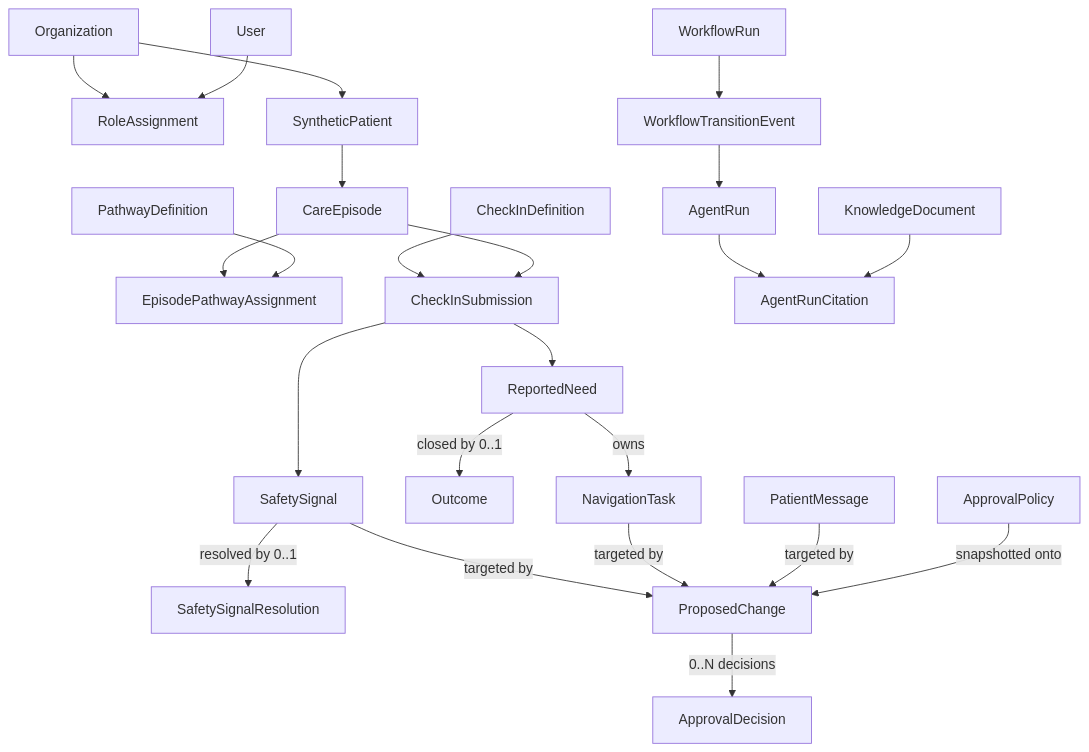
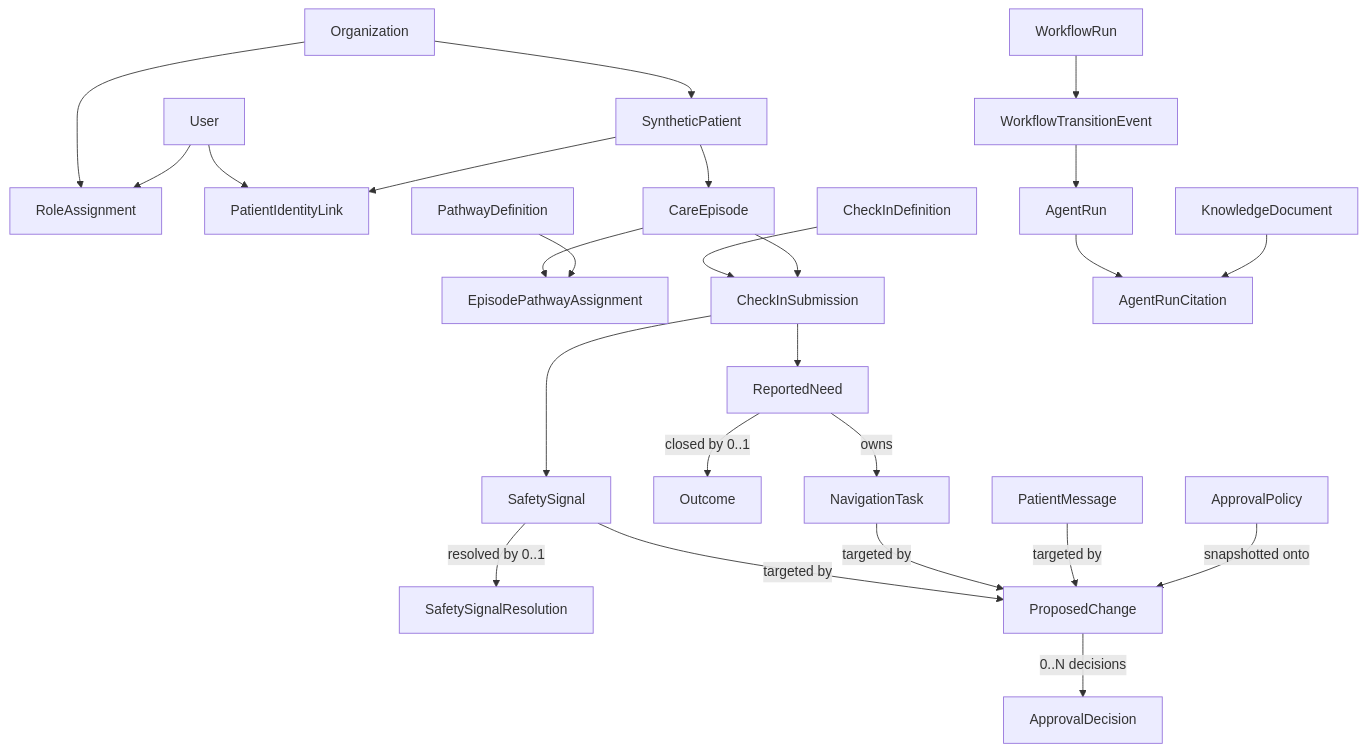
One commit to smeske10/oncology-journey-command-center changed the diagram in docs/product-design.md. Above: the diagram before and after it, drawn with Mermaid. The commit also changed other lines of this file and 2 other files, not shown here.

Commit message:
docs: add reconciled domain schema plan

````diff
--- a/docs/product-design.md
+++ b/docs/product-design.md
@@ -287,25 +287,27 @@
 ```mermaid
 flowchart TB
     Organization --> RoleAssignment
     User --> RoleAssignment
+    User --> PatientIdentityLink
+    SyntheticPatient --> PatientIdentityLink
     Organization --> SyntheticPatient
     SyntheticPatient --> CareEpisode
     CareEpisode --> EpisodePathwayAssignment
     PathwayDefinition --> EpisodePathwayAssignment
     CheckInDefinition --> CheckInSubmission
     CareEpisode --> CheckInSubmission
     CheckInSubmission --> ReportedNeed
     ReportedNeed -->|"owns"| NavigationTask
     ReportedNeed -->|"closed by 0..1"| Outcome
     CheckInSubmission --> SafetySignal
     SafetySignal -->|"resolved by 0..1"| SafetySignalResolution
     SafetySignal -->|"targeted by"| ProposedChange
     NavigationTask -->|"targeted by"| ProposedChange
     PatientMessage -->|"targeted by"| ProposedChange
     ApprovalPolicy -->|"snapshotted onto"| ProposedChange
     ProposedChange -->|"0..N decisions"| ApprovalDecision
     WorkflowRun --> WorkflowTransitionEvent
     WorkflowTransitionEvent --> AgentRun
     AgentRun --> AgentRunCitation
     KnowledgeDocument --> AgentRunCitation
 ```
````
